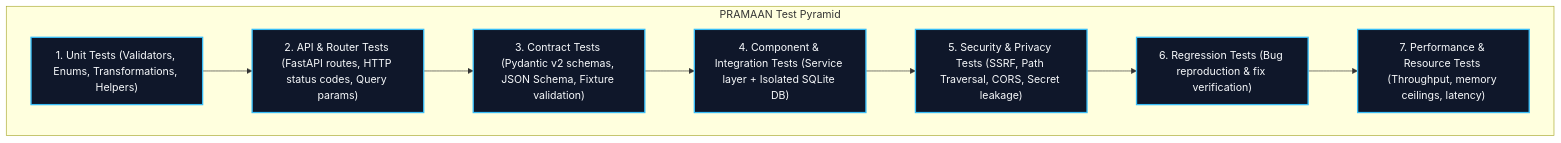
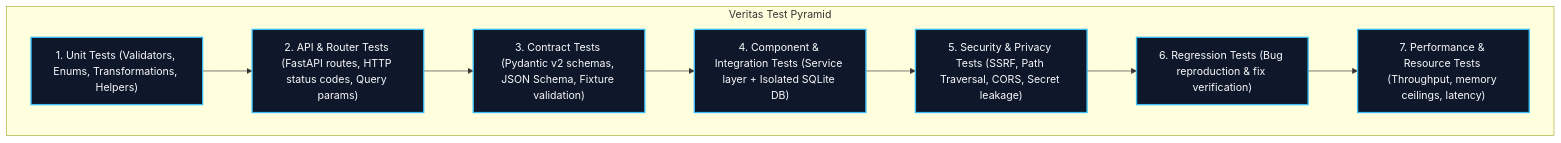
Before and after one commit to Shivanshm29/Veritas: the diagram in docs/TEST_STRATEGY.md, drawn with Mermaid. The commit also changed other lines of this file and 11 other files, not shown here.

````diff
--- a/docs/TEST_STRATEGY.md
+++ b/docs/TEST_STRATEGY.md
@@ -20,17 +20,17 @@
 ```mermaid
 flowchart TD
-    subgraph Pyramid["PRAMAAN Test Pyramid"]
+    subgraph Pyramid["Veritas Test Pyramid"]
         T1["1. Unit Tests (Validators, Enums, Transformations, Helpers)"]
         T2["2. API & Router Tests (FastAPI routes, HTTP status codes, Query params)"]
         T3["3. Contract Tests (Pydantic v2 schemas, JSON Schema, Fixture validation)"]
         T4["4. Component & Integration Tests (Service layer + Isolated SQLite DB)"]
         T5["5. Security & Privacy Tests (SSRF, Path Traversal, CORS, Secret leakage)"]
         T6["6. Regression Tests (Bug reproduction & fix verification)"]
         T7["7. Performance & Resource Tests (Throughput, memory ceilings, latency)"]
 
         T1 --> T2 --> T3 --> T4 --> T5 --> T6 --> T7
     end
 
     classDef pyr fill:#0f172a,stroke:#38bdf8,stroke-width:2px,color:#f8fafc;
     class T1,T2,T3,T4,T5,T6,T7 pyr;
 ```
````
